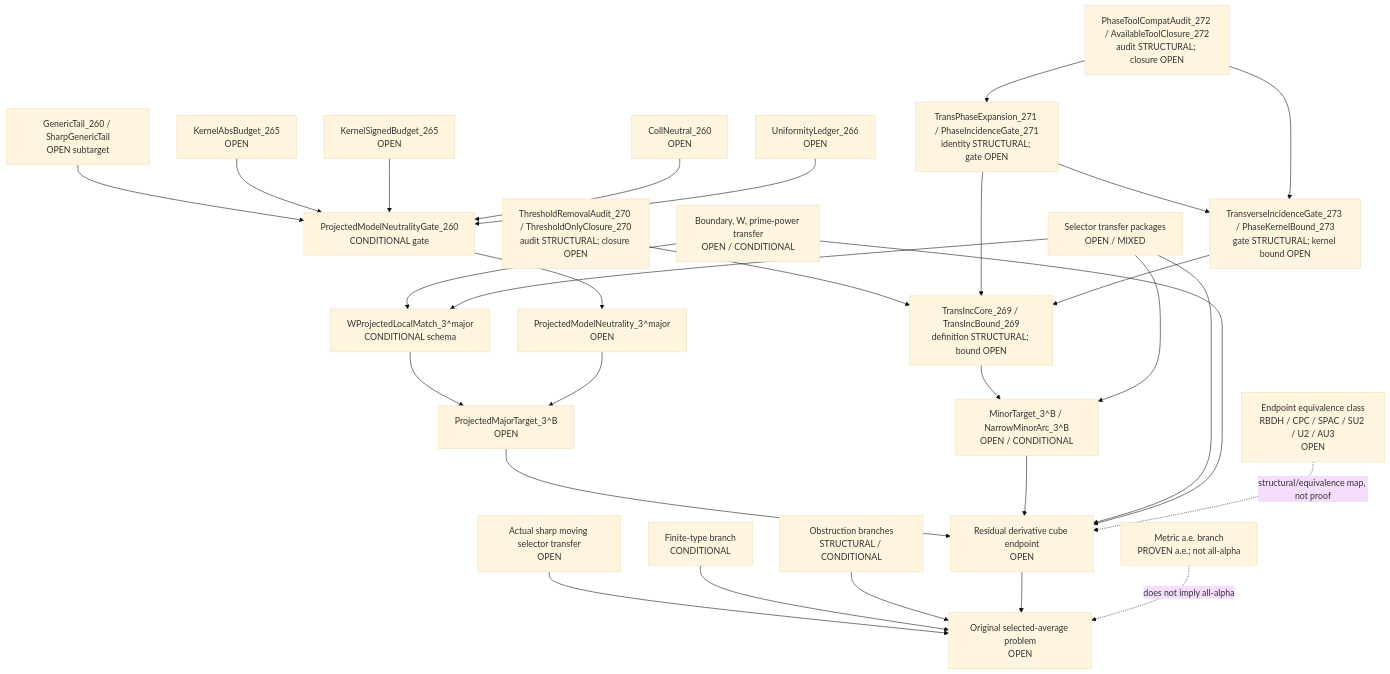
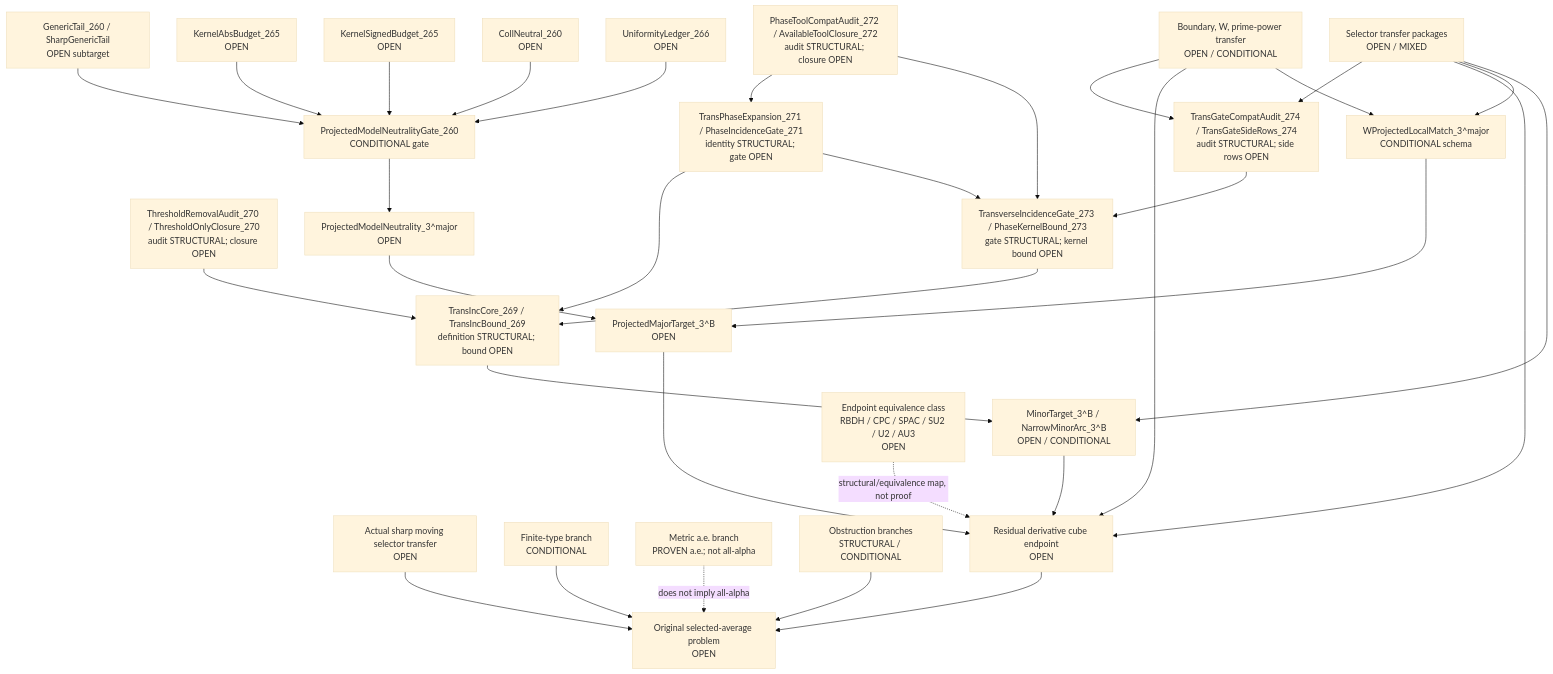
The diagram in docs/modules/dependency_graph.md (flaritycat/PrimeResonanceGap), drawn with Mermaid (base theme) before and after one commit. The commit also changed 9 other files, not shown here.

Commit message:
Add Module 274 transverse gate compatibility audit

````diff
--- a/docs/modules/dependency_graph.md
+++ b/docs/modules/dependency_graph.md
@@ -7,63 +7,67 @@
 ```mermaid
 flowchart TD
   Original["Original selected-average problem<br/>OPEN"]
   SharpSel["Actual sharp moving selector transfer<br/>OPEN"]
   FiniteType["Finite-type branch<br/>CONDITIONAL"]
   Metric["Metric a.e. branch<br/>PROVEN a.e.; not all-alpha"]
   Obstruction["Obstruction branches<br/>STRUCTURAL / CONDITIONAL"]
 
   ResCube["Residual derivative cube endpoint<br/>OPEN"]
   MajorTarget["ProjectedMajorTarget_3^B<br/>OPEN"]
   MinorTarget["MinorTarget_3^B / NarrowMinorArc_3^B<br/>OPEN / CONDITIONAL"]
   TransInc["TransIncCore_269 / TransIncBound_269<br/>definition STRUCTURAL; bound OPEN"]
   ThresholdAudit["ThresholdRemovalAudit_270 / ThresholdOnlyClosure_270<br/>audit STRUCTURAL; closure OPEN"]
   PhaseExpansion["TransPhaseExpansion_271 / PhaseIncidenceGate_271<br/>identity STRUCTURAL; gate OPEN"]
   ToolCompat["PhaseToolCompatAudit_272 / AvailableToolClosure_272<br/>audit STRUCTURAL; closure OPEN"]
   TransGate["TransverseIncidenceGate_273 / PhaseKernelBound_273<br/>gate STRUCTURAL; kernel bound OPEN"]
+  TransGateCompat["TransGateCompatAudit_274 / TransGateSideRows_274<br/>audit STRUCTURAL; side rows OPEN"]
   SelectorTransfer["Selector transfer packages<br/>OPEN / MIXED"]
   BoundaryTransfer["Boundary, W, prime-power transfer<br/>OPEN / CONDITIONAL"]
 
   WLocal["WProjectedLocalMatch_3^major<br/>CONDITIONAL schema"]
   ModelNeutral["ProjectedModelNeutrality_3^major<br/>OPEN"]
   PMNGate["ProjectedModelNeutralityGate_260<br/>CONDITIONAL gate"]
   GenericTail["GenericTail_260 / SharpGenericTail<br/>OPEN subtarget"]
   KernelAbs["KernelAbsBudget_265<br/>OPEN"]
   KernelSigned["KernelSignedBudget_265<br/>OPEN"]
   CollNeutral["CollNeutral_260<br/>OPEN"]
   Uniformity["UniformityLedger_266<br/>OPEN"]
 
   EndpointClass["Endpoint equivalence class<br/>RBDH / CPC / SPAC / SU2 / U2 / AU3<br/>OPEN"]
 
   SharpSel --> Original
   FiniteType --> Original
   Obstruction --> Original
   ResCube --> Original
   Metric -. "does not imply all-alpha" .-> Original
 
   MajorTarget --> ResCube
   MinorTarget --> ResCube
   TransInc --> MinorTarget
   ThresholdAudit --> TransInc
   PhaseExpansion --> TransInc
   ToolCompat --> PhaseExpansion
   TransGate --> TransInc
   PhaseExpansion --> TransGate
   ToolCompat --> TransGate
+  TransGateCompat --> TransGate
+  SelectorTransfer --> TransGateCompat
+  BoundaryTransfer --> TransGateCompat
   SelectorTransfer --> ResCube
   BoundaryTransfer --> ResCube
   EndpointClass -. "structural/equivalence map, not proof" .-> ResCube
 
   WLocal --> MajorTarget
   ModelNeutral --> MajorTarget
 
   PMNGate --> ModelNeutral
   GenericTail --> PMNGate
   KernelAbs --> PMNGate
   KernelSigned --> PMNGate
   CollNeutral --> PMNGate
   Uniformity --> PMNGate
 
   BoundaryTransfer --> WLocal
   SelectorTransfer --> WLocal
   SelectorTransfer --> MinorTarget
 ```
````
